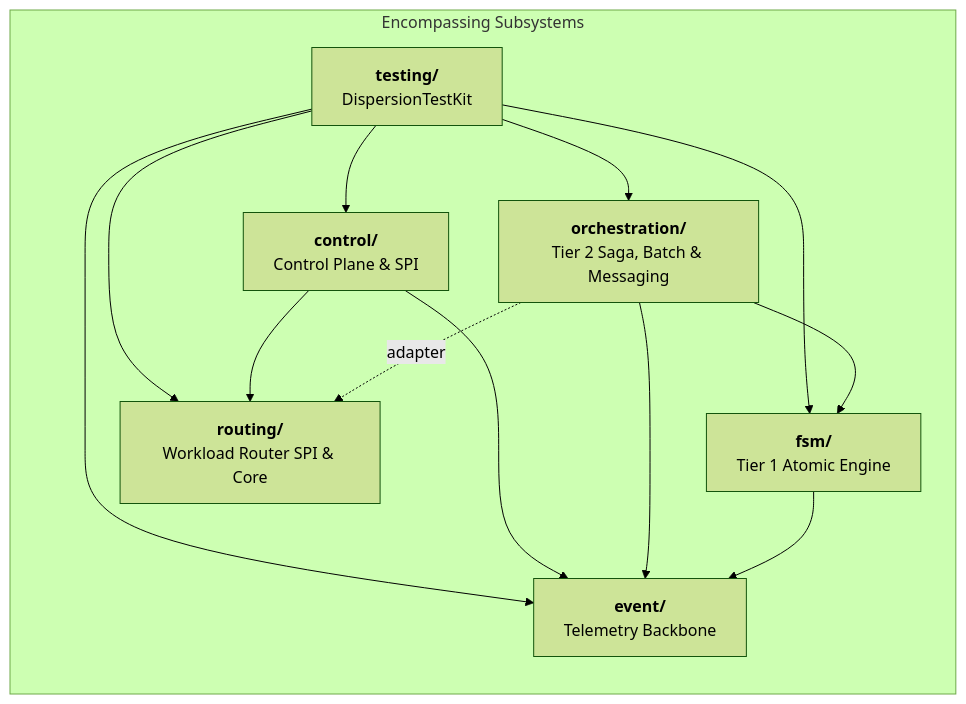
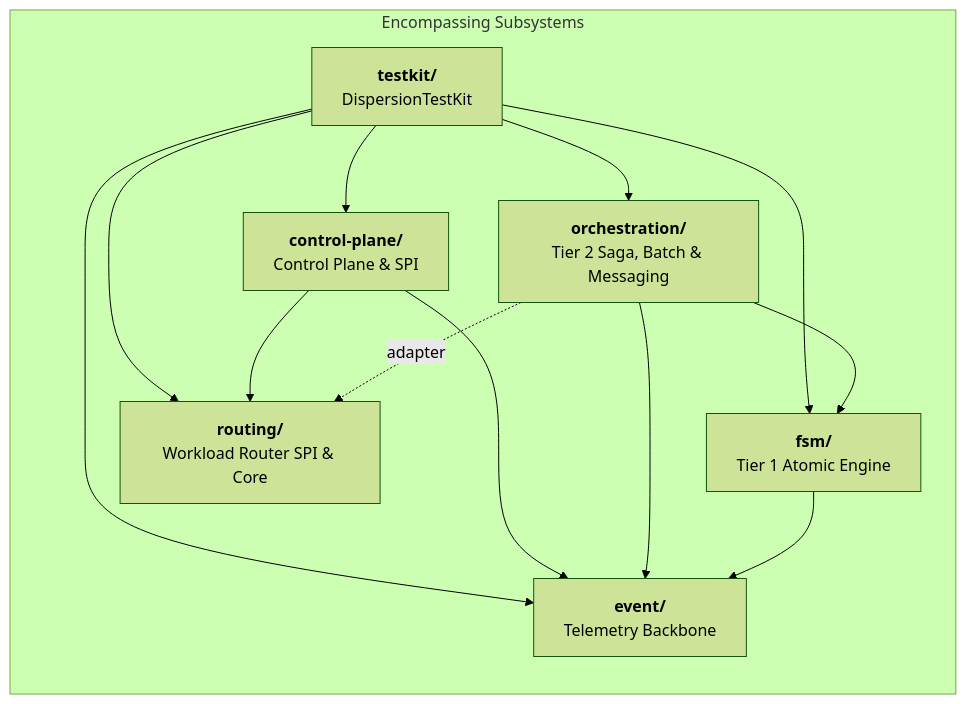
Before and after one commit to f442y/dispersion: the second of 2 diagrams in README.md, drawn with Mermaid (forest theme). The commit also changed other lines of this file and 58 other files, not shown here.

First line of the commit message:
feat(architecture): reorganize control-plane, testkit, and streamline orchestration engine naming

````diff
--- a/README.md
+++ b/README.md
@@ -353,17 +353,17 @@
 ```mermaid
 graph LR
     subgraph Subsystems["Encompassing Subsystems"]
         E["<b>event/</b><br/>Telemetry Backbone"]
         F["<b>fsm/</b><br/>Tier 1 Atomic Engine"]
         R["<b>routing/</b><br/>Workload Router SPI & Core"]
         O["<b>orchestration/</b><br/>Tier 2 Saga, Batch & Messaging"]
-        C["<b>control/</b><br/>Control Plane & SPI"]
-        T["<b>testing/</b><br/>DispersionTestKit"]
+        C["<b>control-plane/</b><br/>Control Plane & SPI"]
+        T["<b>testkit/</b><br/>DispersionTestKit"]
     end
 
     F --> E
     O --> F & E
     O -.->|adapter| R
     C --> E & R
     T --> E & F & R & O & C
 ```
````
